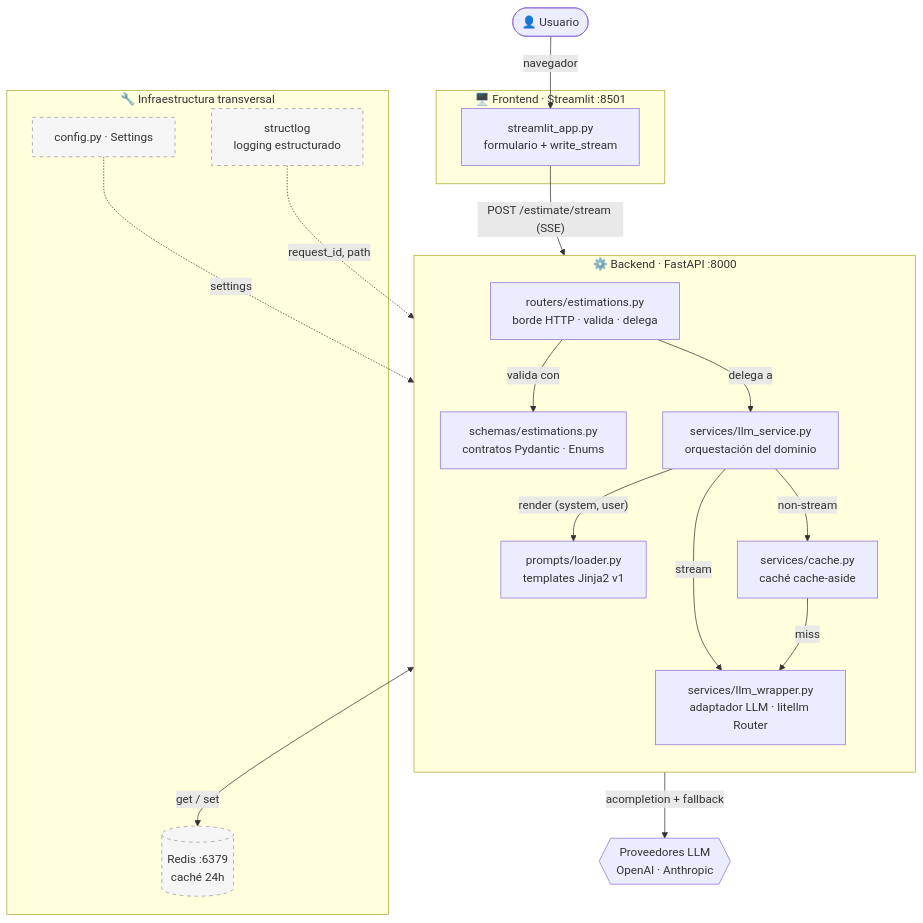
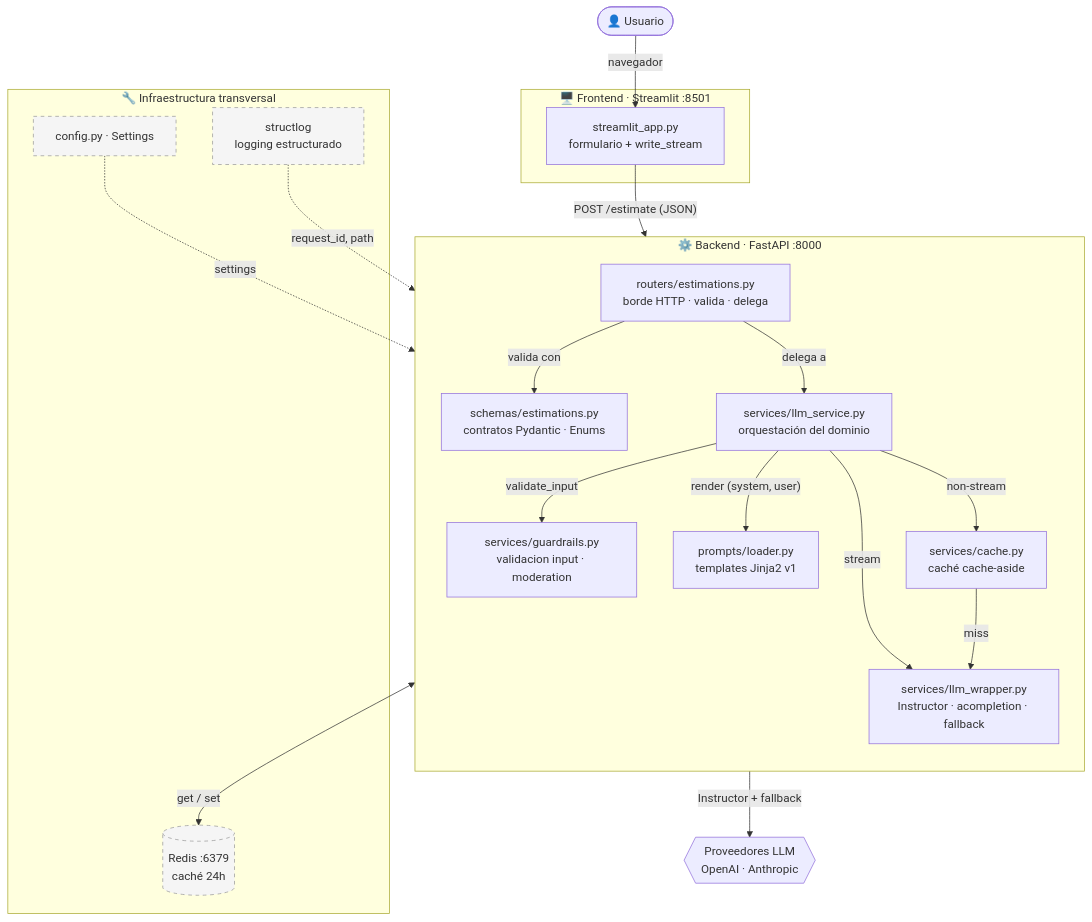
Before and after one commit to salvalcaraz080/LIDR-RAG-master: the first of 11 diagrams in ARCHITECTURE.md, drawn with Mermaid. The commit also changed other lines of this file and 19 other files, not shown here.

First line of the commit message:
feat: sesión 04 B3+B4 — structured outputs (Instructor) y guardrails

````diff
--- a/ARCHITECTURE.md
+++ b/ARCHITECTURE.md
@@ -45,43 +46,45 @@
 ```mermaid
 flowchart TB
     user([👤 Usuario])
 
     subgraph frontend["🖥️ Frontend · Streamlit :8501"]
         ui[streamlit_app.py<br/>formulario + write_stream]
     end
 
     subgraph backend["⚙️ Backend · FastAPI :8000"]
         direction TB
         router["routers/estimations.py<br/>borde HTTP · valida · delega"]
         schema["schemas/estimations.py<br/>contratos Pydantic · Enums"]
         service["services/llm_service.py<br/>orquestación del dominio"]
         prompts["prompts/loader.py<br/>templates Jinja2 v1"]
         cache["services/cache.py<br/>caché cache-aside"]
-        wrapper["services/llm_wrapper.py<br/>adaptador LLM · litellm Router"]
+        guardrails["services/guardrails.py<br/>validacion input · moderation"]
+        wrapper["services/llm_wrapper.py<br/>Instructor · acompletion · fallback"]
     end
 
     subgraph infra["🔧 Infraestructura transversal"]
         redis[("Redis :6379<br/>caché 24h")]
         logging["structlog<br/>logging estructurado"]
         config["config.py · Settings"]
     end
 
     providers{{"Proveedores LLM<br/>OpenAI · Anthropic"}}
 
     user -->|"navegador"| ui
-    ui -->|"POST /estimate/stream (SSE)"| router
+    ui -->|"POST /estimate (JSON)"| router
     router -->|"valida con"| schema
     router -->|"delega a"| service
+    service -->|"validate_input"| guardrails
     service -->|"render (system, user)"| prompts
     service -->|"non-stream"| cache
     service -->|"stream"| wrapper
     cache <-->|"get / set"| redis
     cache -->|"miss"| wrapper
-    wrapper -->|"acompletion + fallback"| providers
+    wrapper -->|"Instructor + fallback"| providers
 
     config -.->|"settings"| backend
     logging -.->|"request_id, path"| backend
 
     classDef infraStyle fill:#f5f5f5,stroke:#999,stroke-dasharray:5
     class redis,logging,config infraStyle
 ```
````
